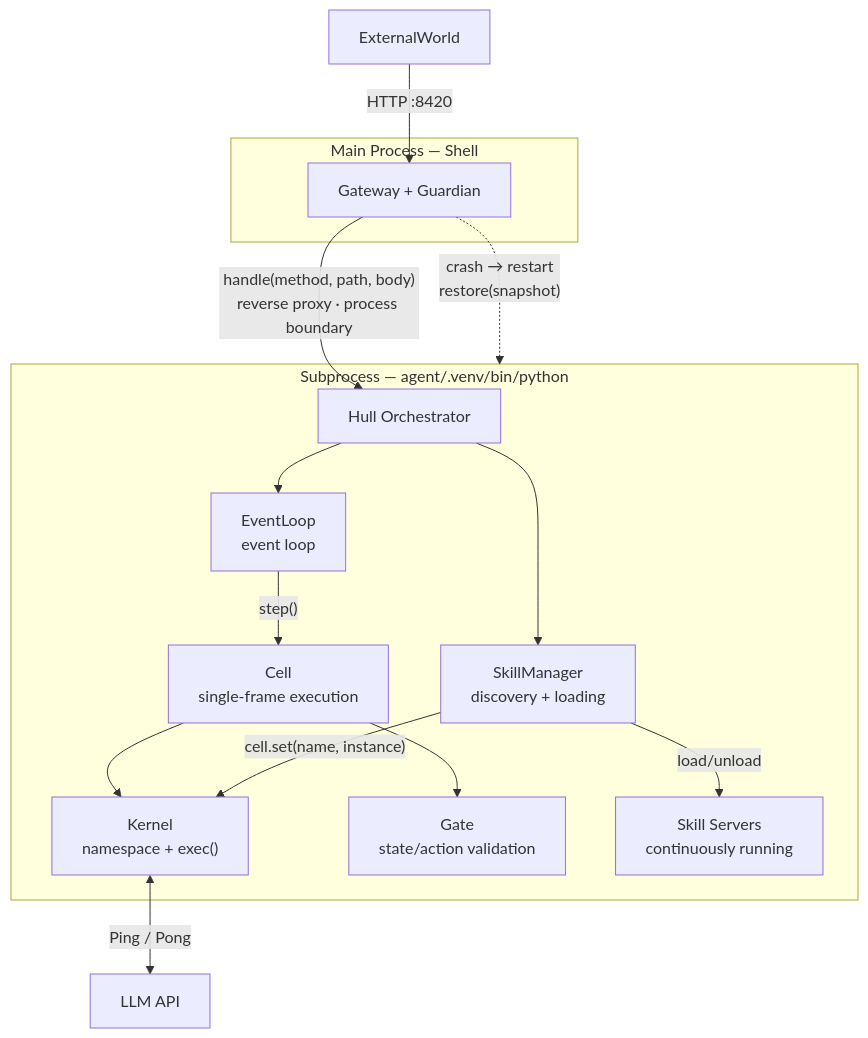
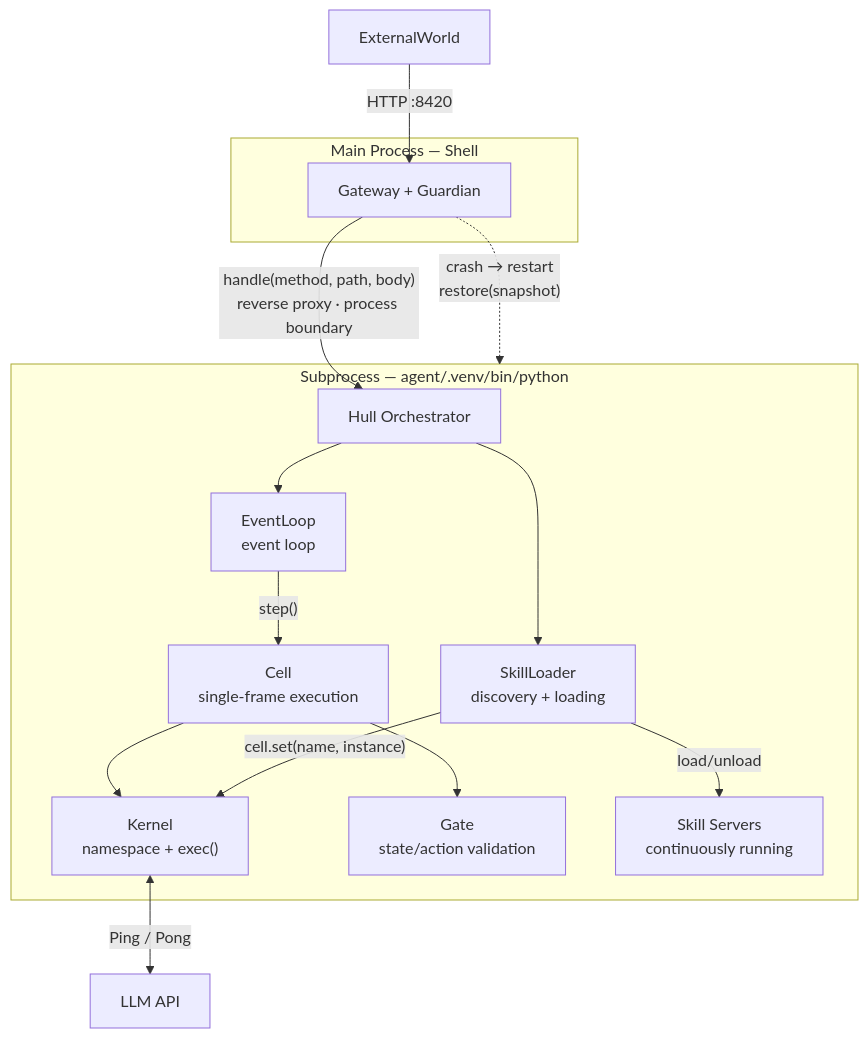
One commit to vessal-ai/vessal changed the second of 6 diagrams in src/vessal/CONTEXT.md. Above: the diagram before and after it, drawn with Mermaid. The commit also changed other lines of this file and 266 other files, not shown here.

First line of the commit message:
release: v0.0.4 — Console redesign, Shell/Hull/Cell architecture, CLI wizards (#16)

````diff
--- a/src/vessal/CONTEXT.md
+++ b/src/vessal/CONTEXT.md
@@ -70,31 +70,31 @@
 ```mermaid
 flowchart TB
     ExternalWorld -->|"HTTP :8420"| Shell
 
     subgraph MainProcess["Main Process — Shell"]
         Shell["Gateway + Guardian"]
     end
 
     Shell -->|"handle(method, path, body)\nreverse proxy · process boundary"| Hull
 
     subgraph SubProcess["Subprocess — agent/.venv/bin/python"]
         Hull["Hull Orchestrator"]
         EL["EventLoop\nevent loop"]
-        SM["SkillManager\ndiscovery + loading"]
+        SM["SkillLoader\ndiscovery + loading"]
         Cell["Cell\nsingle-frame execution"]
         Kernel["Kernel\nnamespace + exec()"]
         Gate["Gate\nstate/action validation"]
         SkillSrv["Skill Servers\ncontinuously running"]
 
         Hull --> EL
         Hull --> SM
         EL -->|"step()"| Cell
         Cell --> Kernel
         Cell --> Gate
         SM -->|"load/unload"| SkillSrv
         SM -->|"cell.set(name, instance)"| Kernel
     end
 
     Kernel <-->|"Ping / Pong"| LLM["LLM API"]
     Shell -.->|"crash → restart\nrestore(snapshot)"| SubProcess
 ```
````
